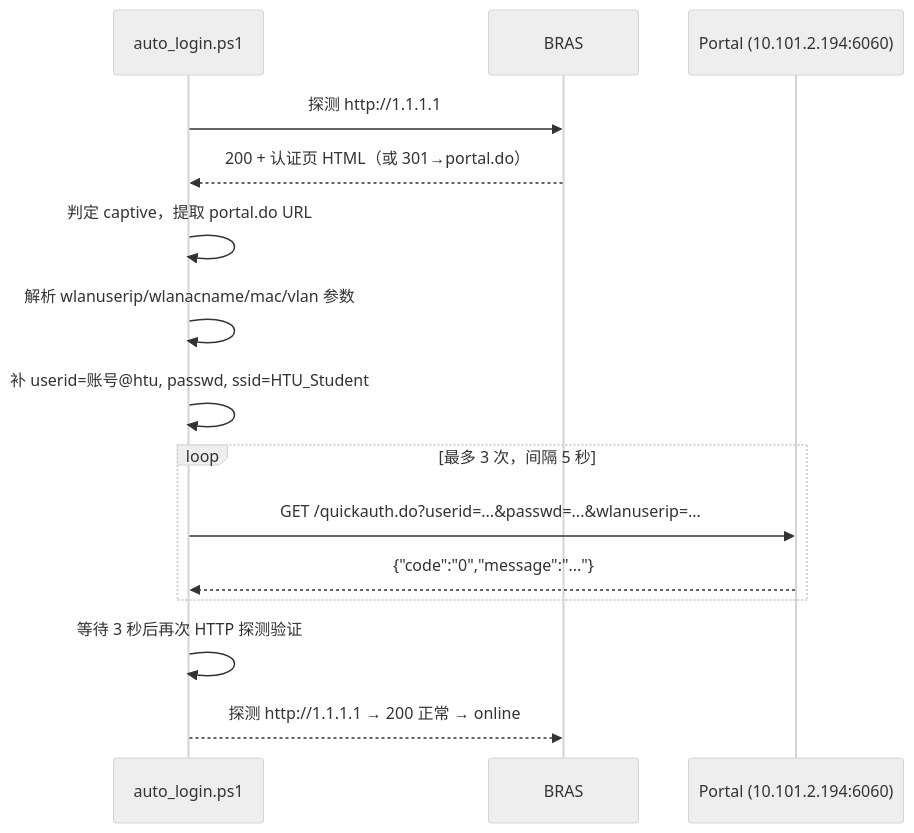
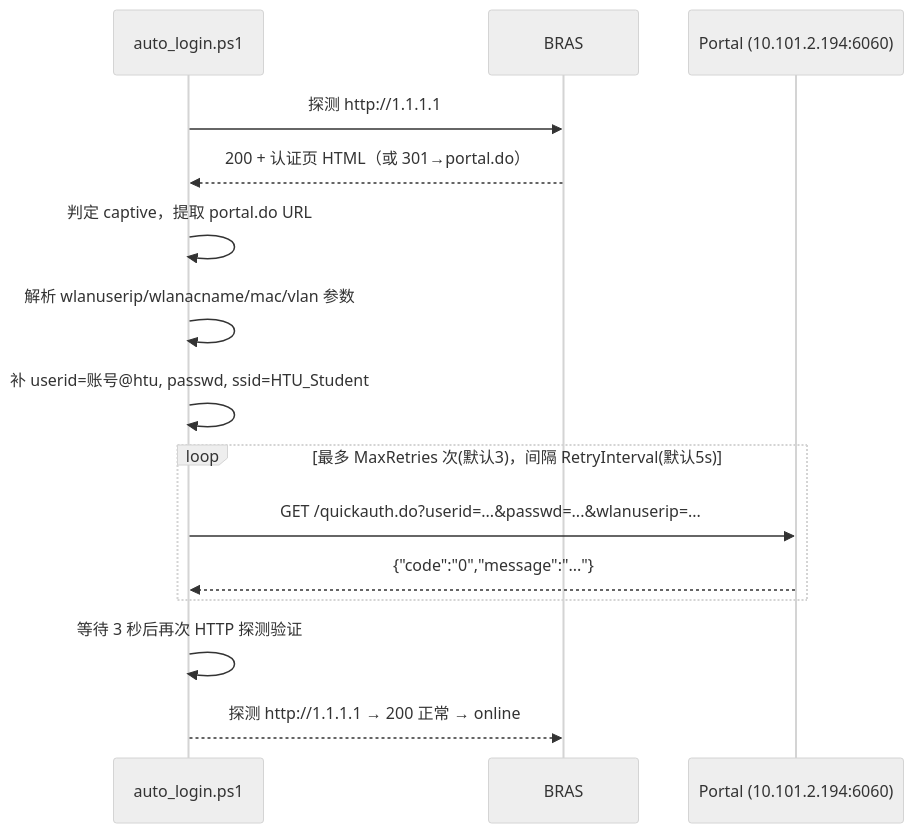
One commit to wlunan/auto-login-campus changed the diagram in docs/05-原理说明.md. Above: the diagram before and after it, drawn with Mermaid (neutral theme). The commit also changed other lines of this file and 5 other files, not shown here.

````diff
--- a/docs/05-原理说明.md
+++ b/docs/05-原理说明.md
@@ -123,18 +126,18 @@
 ```mermaid
 sequenceDiagram
     participant S as auto_login.ps1
     participant B as BRAS
     participant P as Portal (10.101.2.194:6060)
 
     S->>B: 探测 http://1.1.1.1
     B-->>S: 200 + 认证页 HTML（或 301→portal.do）
     S->>S: 判定 captive，提取 portal.do URL
     S->>S: 解析 wlanuserip/wlanacname/mac/vlan 参数
     S->>S: 补 userid=账号@htu, passwd, ssid=HTU_Student
-    loop 最多 3 次，间隔 5 秒
+    loop 最多 MaxRetries 次(默认3)，间隔 RetryInterval(默认5s)
         S->>P: GET /quickauth.do?userid=...&passwd=...&wlanuserip=...
         P-->>S: {"code":"0","message":"..."}
     end
     S->>S: 等待 3 秒后再次 HTTP 探测验证
     S-->>B: 探测 http://1.1.1.1 → 200 正常 → online
 ```
````
